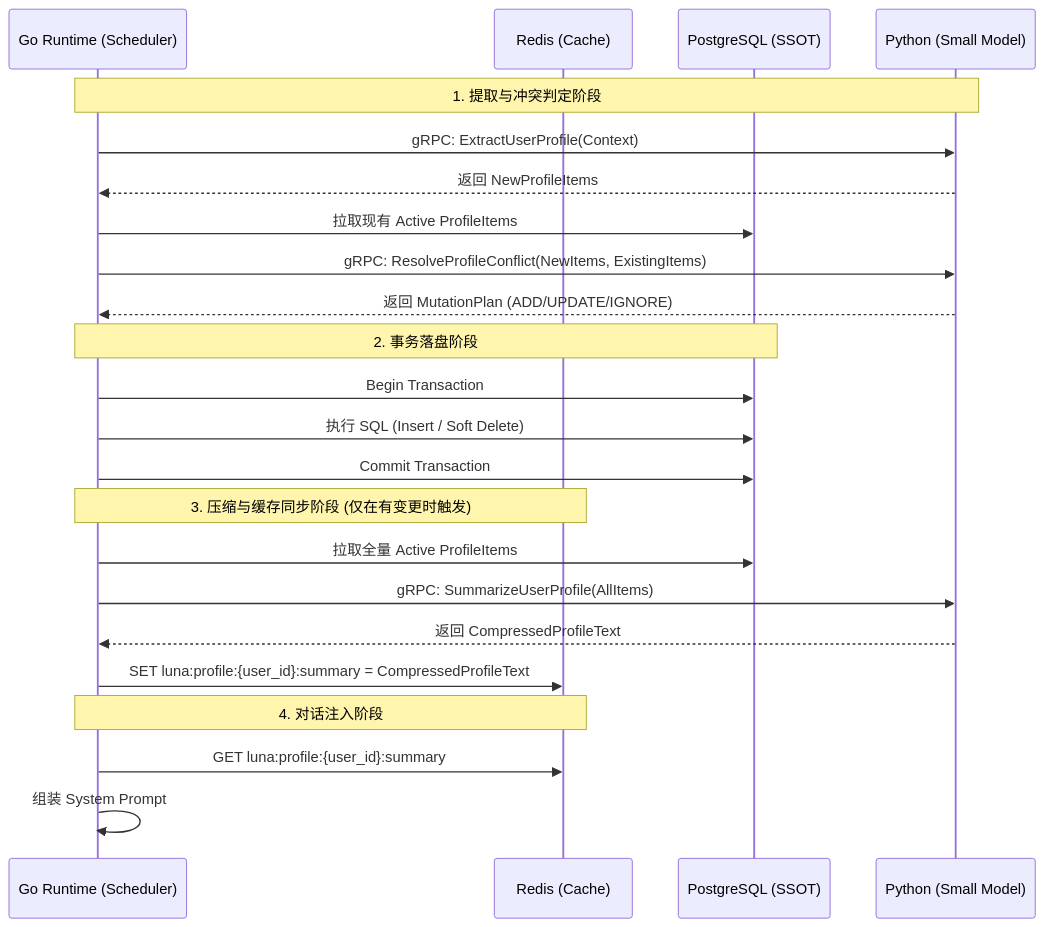
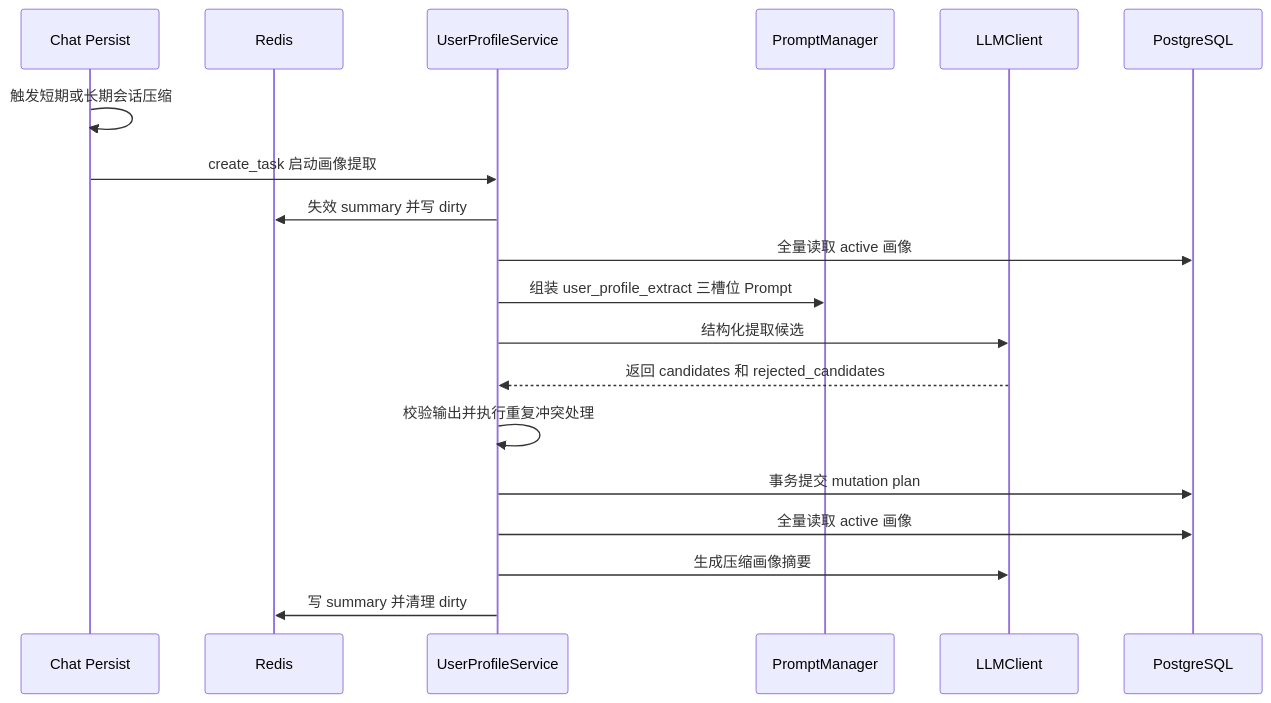
Before and after one commit to xie480/Luna-AI: the second of 2 diagrams in backend/docs/plans/user_profile_plan.md, drawn with Mermaid. The commit also changed other lines of this file and 26 other files, not shown here.

````diff
--- a/backend/docs/plans/user_profile_plan.md
+++ b/backend/docs/plans/user_profile_plan.md
@@ -73,29 +510,22 @@
 ```mermaid
 sequenceDiagram
-    participant Go as Go Runtime (Scheduler)
-    participant Redis as Redis (Cache)
-    participant DB as PostgreSQL (SSOT)
-    participant Py as Python (Small Model)
+    participant Chat as Chat Persist
+    participant Redis as Redis
+    participant Profile as UserProfileService
+    participant Prompt as PromptManager
+    participant LLM as LLMClient
+    participant DB as PostgreSQL
 
-    Note over Go, Py: 1. 提取与冲突判定阶段
-    Go->>Py: gRPC: ExtractUserProfile(Context)
-    Py-->>Go: 返回 NewProfileItems
-    Go->>DB: 拉取现有 Active ProfileItems
-    Go->>Py: gRPC: ResolveProfileConflict(NewItems, ExistingItems)
-    Py-->>Go: 返回 MutationPlan (ADD/UPDATE/IGNORE)
-
-    Note over Go, DB: 2. 事务落盘阶段
-    Go->>DB: Begin Transaction
-    Go->>DB: 执行 SQL (Insert / Soft Delete)
-    Go->>DB: Commit Transaction
-
-    Note over Go, Redis: 3. 压缩与缓存同步阶段 (仅在有变更时触发)
-    Go->>DB: 拉取全量 Active ProfileItems
-    Go->>Py: gRPC: SummarizeUserProfile(AllItems)
-    Py-->>Go: 返回 CompressedProfileText
-    Go->>Redis: SET luna:profile:{user_id}:summary = CompressedProfileText
-
-    Note over Go, Redis: 4. 对话注入阶段
-    Go->>Redis: GET luna:profile:{user_id}:summary
-    Go->>Go: 组装 System Prompt
+    Chat->>Chat: 触发短期或长期会话压缩
+    Chat->>Profile: create_task 启动画像提取
+    Profile->>Redis: 失效 summary 并写 dirty
+    Profile->>DB: 全量读取 active 画像
+    Profile->>Prompt: 组装 user_profile_extract 三槽位 Prompt
+    Profile->>LLM: 结构化提取候选
+    LLM-->>Profile: 返回 candidates 和 rejected_candidates
+    Profile->>Profile: 校验输出并执行重复冲突处理
+    Profile->>DB: 事务提交 mutation plan
+    Profile->>DB: 全量读取 active 画像
+    Profile->>LLM: 生成压缩画像摘要
+    Profile->>Redis: 写 summary 并清理 dirty
 ```
````
